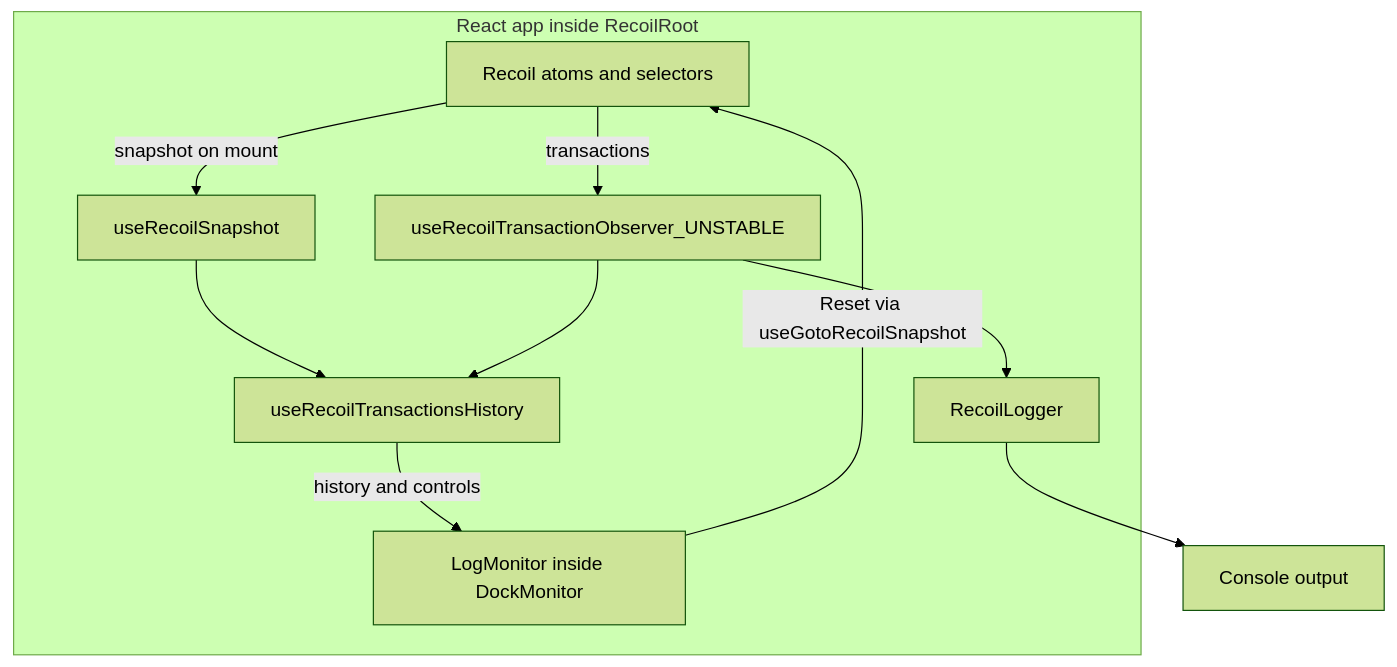
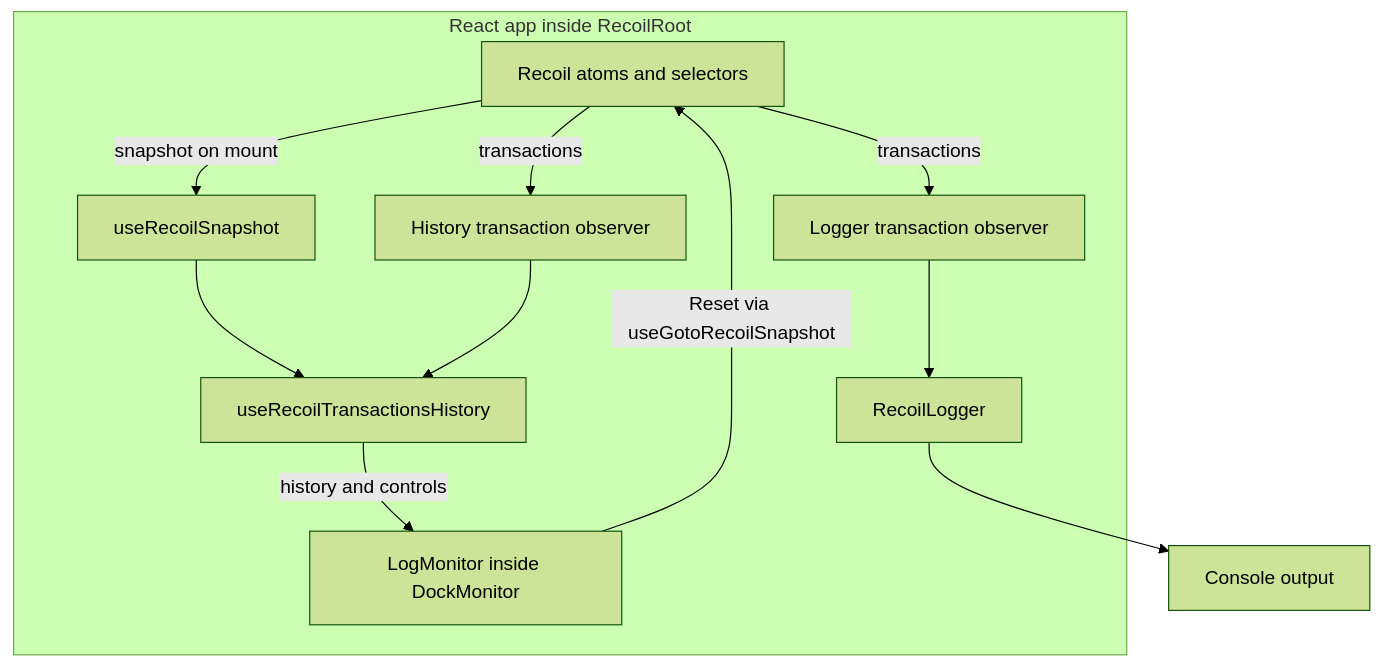
The second of 2 diagrams in README.md (ulises-jeremias/recoil-devtools), drawn with Mermaid (forest theme) before and after one commit.

Commit message:
docs: distinguish transaction observer instances

````diff
--- a/README.md
+++ b/README.md
@@ -78,19 +78,21 @@
 ```mermaid
 flowchart TD
     subgraph app["React app inside RecoilRoot"]
         state["Recoil atoms and selectors"]
         initial["useRecoilSnapshot"]
-        transactions["useRecoilTransactionObserver_UNSTABLE"]
+        historyObserver["History transaction observer"]
+        loggerObserver["Logger transaction observer"]
         history["useRecoilTransactionsHistory"]
         logger["RecoilLogger"]
         monitor["LogMonitor inside DockMonitor"]
         state -->|snapshot on mount| initial
         initial --> history
-        state -->|transactions| transactions
-        transactions --> history
-        transactions --> logger
+        state -->|transactions| historyObserver
+        historyObserver --> history
+        state -->|transactions| loggerObserver
+        loggerObserver --> logger
         history -->|history and controls| monitor
         monitor -->|Reset via useGotoRecoilSnapshot| state
     end
     logger --> console["Console output"]
 ```
````
